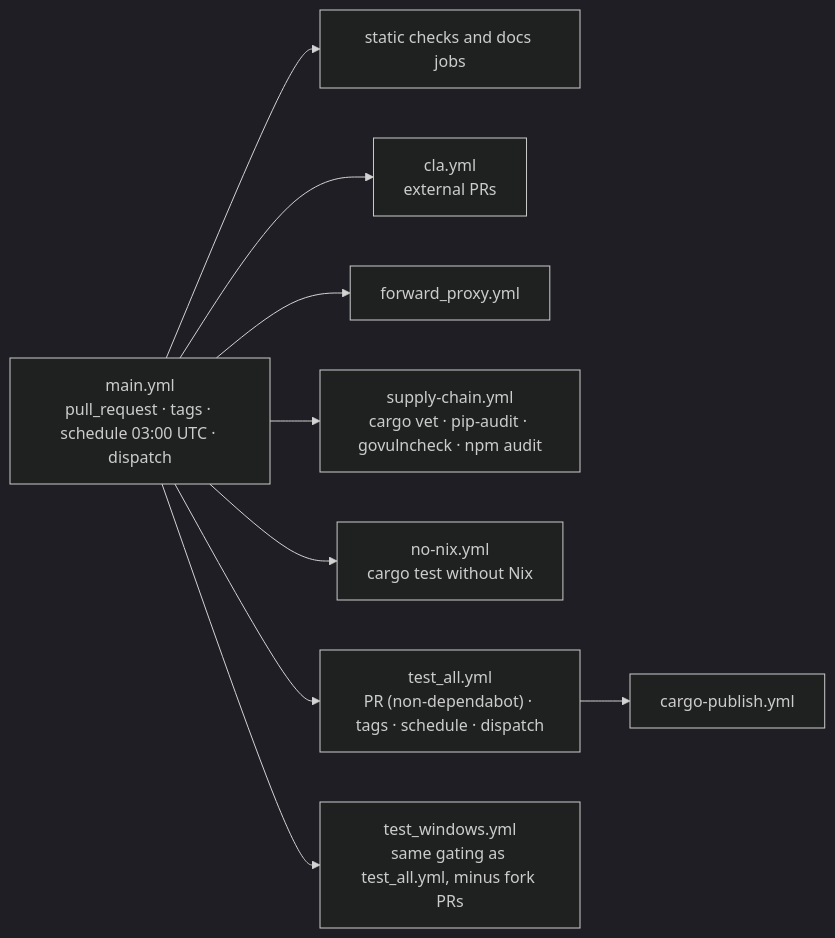
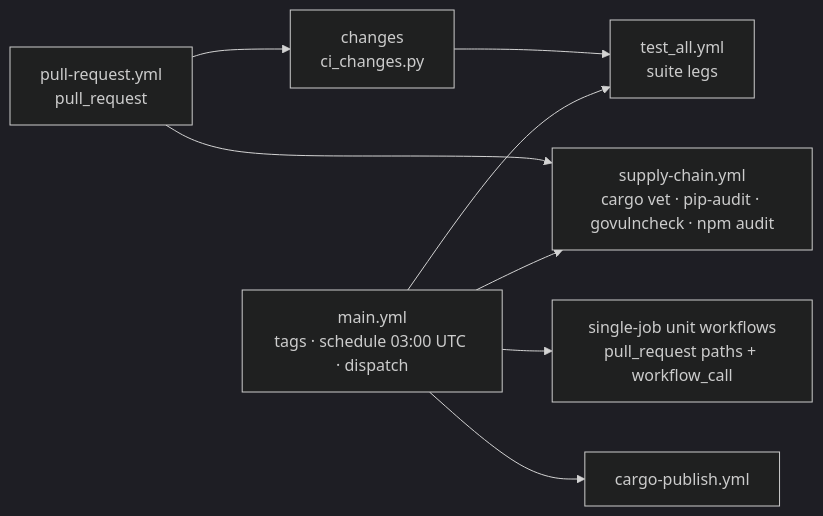
One commit to Cosmian/kms changed the first of 3 diagrams in .github/workflows/README_main.md. Above: the diagram before and after it, drawn with Mermaid (dark theme). The commit also changed other lines of this file and 28 other files, not shown here.

First line of the commit message:
ci: one workflow per single-job unit with path filters, so PRs list no skipped rows

````diff
--- a/.github/workflows/README_main.md
+++ b/.github/workflows/README_main.md
@@ -18,15 +35,13 @@
 ```mermaid
 flowchart LR
-    Main["main.yml<br/>pull_request · tags · schedule 03:00 UTC · dispatch"]
-    Static["static checks and docs jobs"]
-    Cla["cla.yml<br/>external PRs"]
-    Proxy["forward_proxy.yml"]
+    PR["pull-request.yml<br/>pull_request"]
+    Main["main.yml<br/>tags · schedule 03:00 UTC · dispatch"]
+    Units["single-job unit workflows<br/>pull_request paths + workflow_call"]
+    Changes["changes<br/>ci_changes.py"]
+    TestAll["test_all.yml<br/>suite legs"]
     Supply["supply-chain.yml<br/>cargo vet · pip-audit · govulncheck · npm audit"]
-    NoNixWf["no-nix.yml<br/>cargo test without Nix"]
-    TestAll["test_all.yml<br/>PR (non-dependabot) · tags · schedule · dispatch"]
-    Win["test_windows.yml<br/>same gating as test_all.yml, minus fork PRs"]
     Pub["cargo-publish.yml"]
-    Main --> Static
-    Main --> Cla & Supply & NoNixWf & Proxy & Win & TestAll
-    TestAll --> Pub
+    PR --> Changes --> TestAll
+    PR --> Supply
+    Main --> Units & TestAll & Supply & Pub
 ```
````
